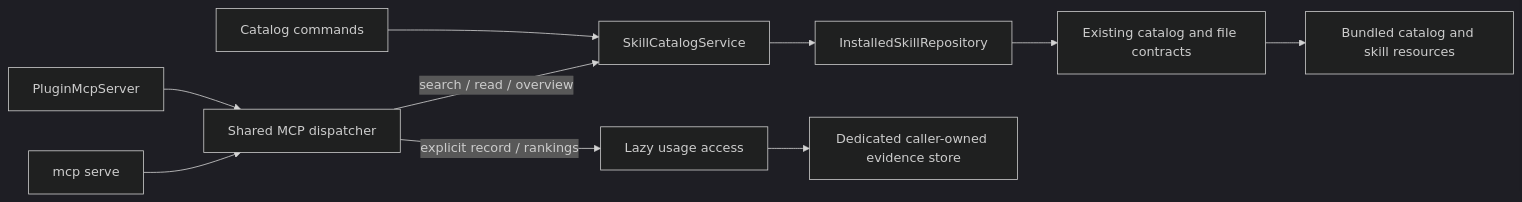
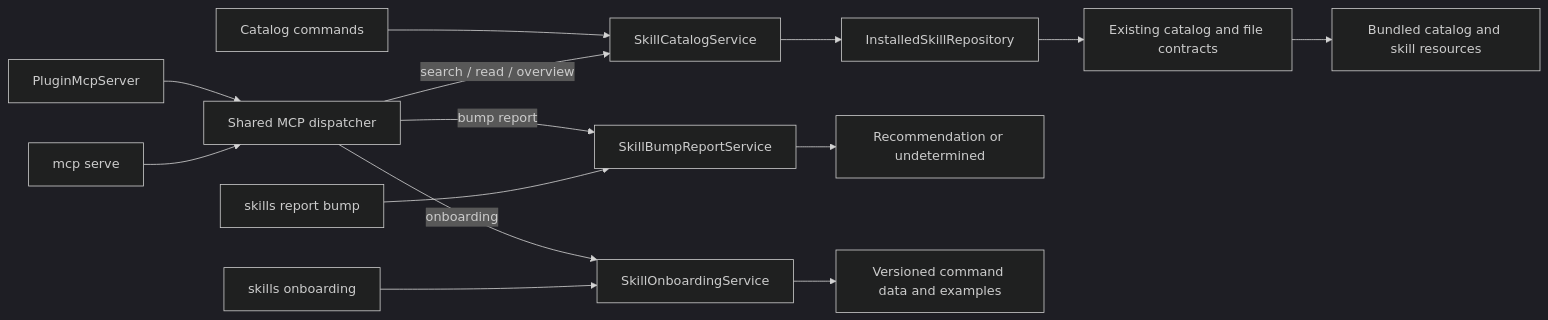
One commit to i-9-ai/skills changed the fourth of 7 diagrams in docs/Architecture.md. Above: the diagram before and after it, drawn with Mermaid (dark theme). The commit also changed other lines of this file and 1 other file, not shown here.

Commit message:
docs: map CLI and MCP evidence boundaries

````diff
--- a/docs/Architecture.md
+++ b/docs/Architecture.md
@@ -95,12 +98,16 @@
 ```mermaid
 flowchart LR
     CLI[Catalog commands] --> Catalog[SkillCatalogService]
     Plugin[PluginMcpServer] --> MCP[Shared MCP dispatcher]
     Serve[mcp serve] --> MCP
     MCP -->|search / read / overview| Catalog
     Catalog --> Installed[InstalledSkillRepository]
     Installed --> Validation[Existing catalog and file contracts]
     Validation --> Bundled[Bundled catalog and skill resources]
-    MCP -->|explicit record / rankings| Usage[Lazy usage access]
-    Usage --> Evidence[Dedicated caller-owned evidence store]
+    MCP -->|bump report| Bump[SkillBumpReportService]
+    ReportCLI[skills report bump] --> Bump
+    Bump --> Recommendation[Recommendation or undetermined]
+    MCP -->|onboarding| Onboarding[SkillOnboardingService]
+    GuideCLI[skills onboarding] --> Onboarding
+    Onboarding --> Guide[Versioned command data and examples]
 ```
````
